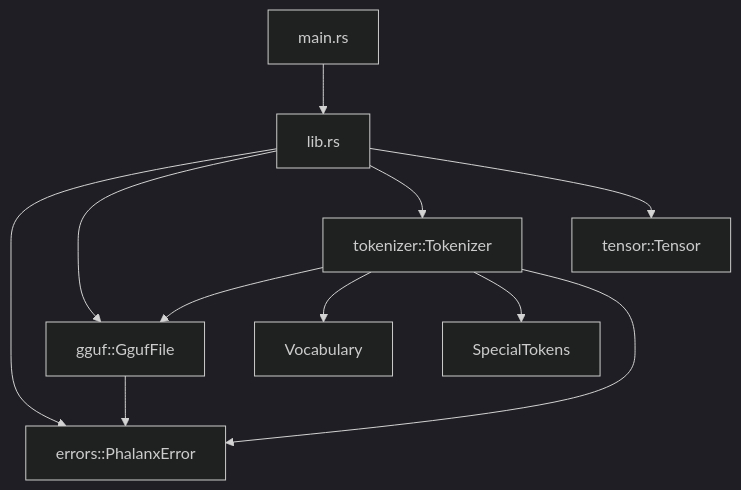
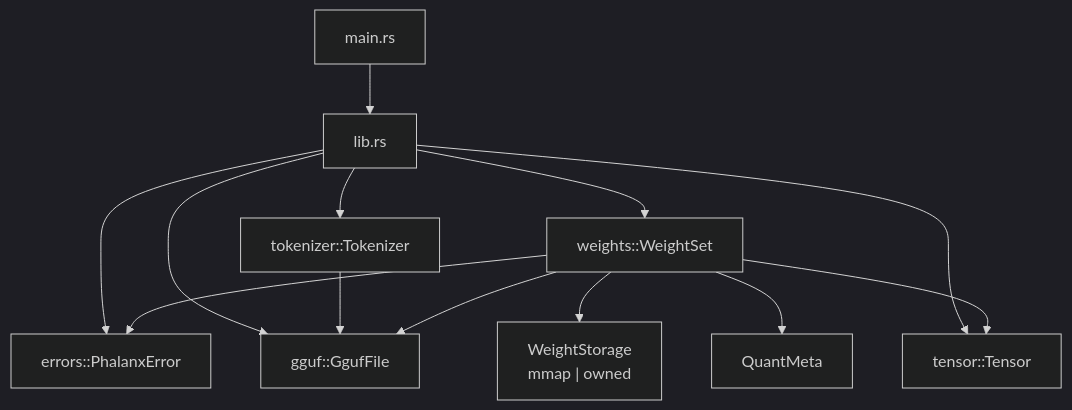
Before and after one commit to 404khai/phalanx: the first of 2 diagrams in docs/architecture.md, drawn with Mermaid (dark theme). The commit also changed other lines of this file and 17 other files, not shown here.

First line of the commit message:
feat(weights): mmap GGUF payloads with quantization metadata

````diff
--- a/docs/architecture.md
+++ b/docs/architecture.md
@@ -15,22 +15,25 @@
 ```mermaid
 flowchart TB
     main["main.rs"]
     lib["lib.rs"]
     errors["errors::PhalanxError"]
     gguf["gguf::GgufFile"]
     tok["tokenizer::Tokenizer"]
-    vocab["Vocabulary"]
-    special["SpecialTokens"]
+    weights["weights::WeightSet"]
+    storage["WeightStorage<br/>mmap | owned"]
+    quant["QuantMeta"]
     tensor["tensor::Tensor"]
 
     main --> lib
     lib --> errors
     lib --> gguf
     lib --> tok
+    lib --> weights
     lib --> tensor
     tok --> gguf
-    tok --> vocab
-    tok --> special
-    tok --> errors
-    gguf --> errors
+    weights --> gguf
+    weights --> storage
+    weights --> quant
+    weights --> tensor
+    weights --> errors
 ```
````
